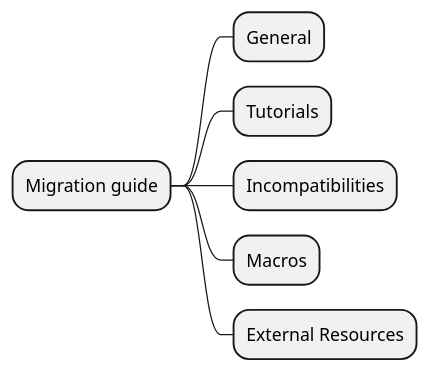
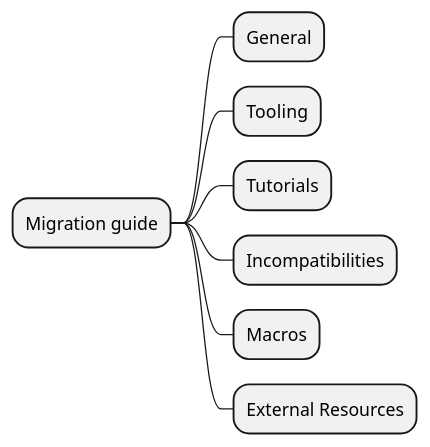
Before and after one commit to shinharad/getting-started-with-scala3: the first of 7 diagrams in docs/step01/04_Migration_guideを俯瞰してみる.md, drawn with PlantUML. The commit also changed other lines of this file and 5 other files, not shown here.

````diff
--- a/docs/step01/04_Migration_guideを俯瞰してみる.md
+++ b/docs/step01/04_Migration_guideを俯瞰してみる.md
@@ -23,10 +24,11 @@
 ```plantuml
 @startmindmap
 * Migration guide
 ** General
+** Tooling
 ** Tutorials
 ** Incompatibilities
 ** Macros
 ** External Resources
 @endmindmap
 ```
````
